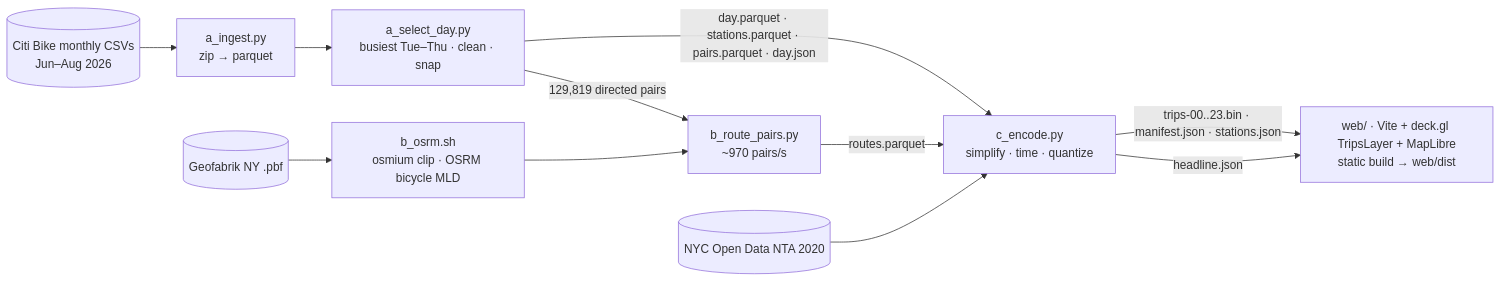
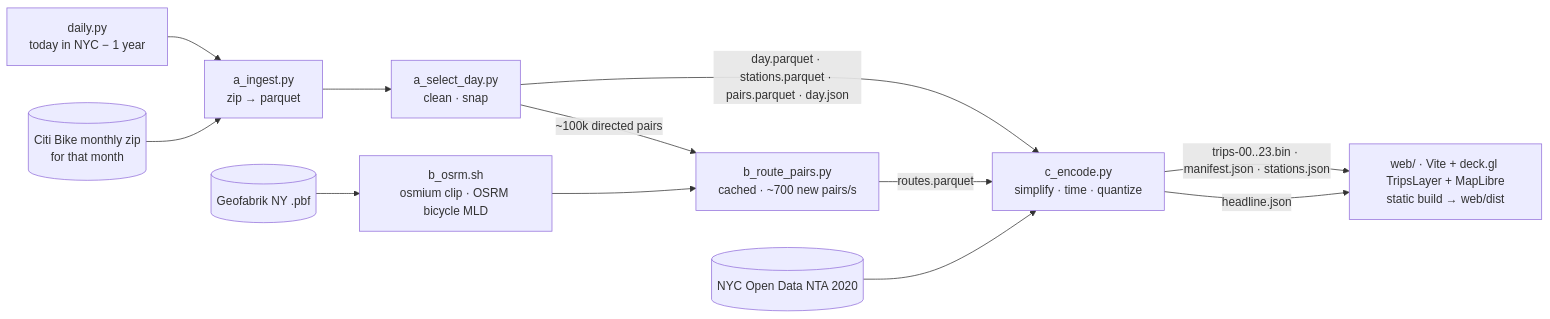
Before and after one commit to donnmaldonado/circulation: the diagram in README.md, drawn with Mermaid. The commit also changed other lines of this file and 57 other files, not shown here.

First line of the commit message:
Show this day one year ago, rebuilt nightly by GitHub Actions

````diff
--- a/README.md
+++ b/README.md
@@ -19,14 +19,15 @@
 ```mermaid
 flowchart LR
-  S3[(Citi Bike monthly CSVs<br/>Jun–Aug 2026)] --> A1[a_ingest.py<br/>zip → parquet]
-  A1 --> A2[a_select_day.py<br/>busiest Tue–Thu · clean · snap]
+  D[daily.py<br/>today in NYC − 1 year] --> A1
+  S3[(Citi Bike monthly zip<br/>for that month)] --> A1[a_ingest.py<br/>zip → parquet]
+  A1 --> A2[a_select_day.py<br/>clean · snap]
   A2 -->|day.parquet · stations.parquet · pairs.parquet · day.json| C
   OSM[(Geofabrik NY .pbf)] --> B0[b_osrm.sh<br/>osmium clip · OSRM bicycle MLD]
-  A2 -->|129,819 directed pairs| B1[b_route_pairs.py<br/>~970 pairs/s]
+  A2 -->|~100k directed pairs| B1[b_route_pairs.py<br/>cached · ~700 new pairs/s]
   B0 --> B1
   B1 -->|routes.parquet| C[c_encode.py<br/>simplify · time · quantize]
   NTA[(NYC Open Data NTA 2020)] --> C
   C -->|trips-00..23.bin · manifest.json · stations.json| WEB
   C -->|headline.json| WEB
   WEB[web/ · Vite + deck.gl TripsLayer + MapLibre<br/>static build → web/dist]
 ```
````
